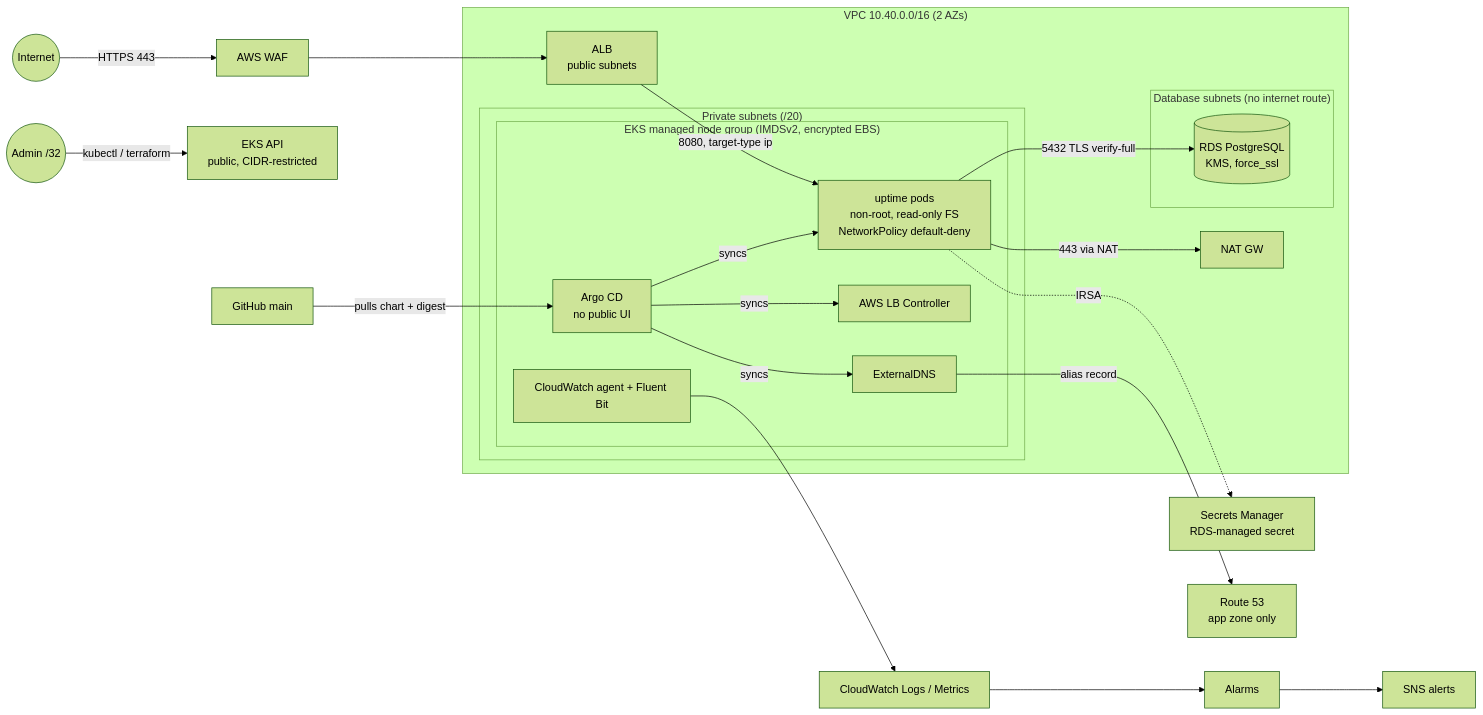
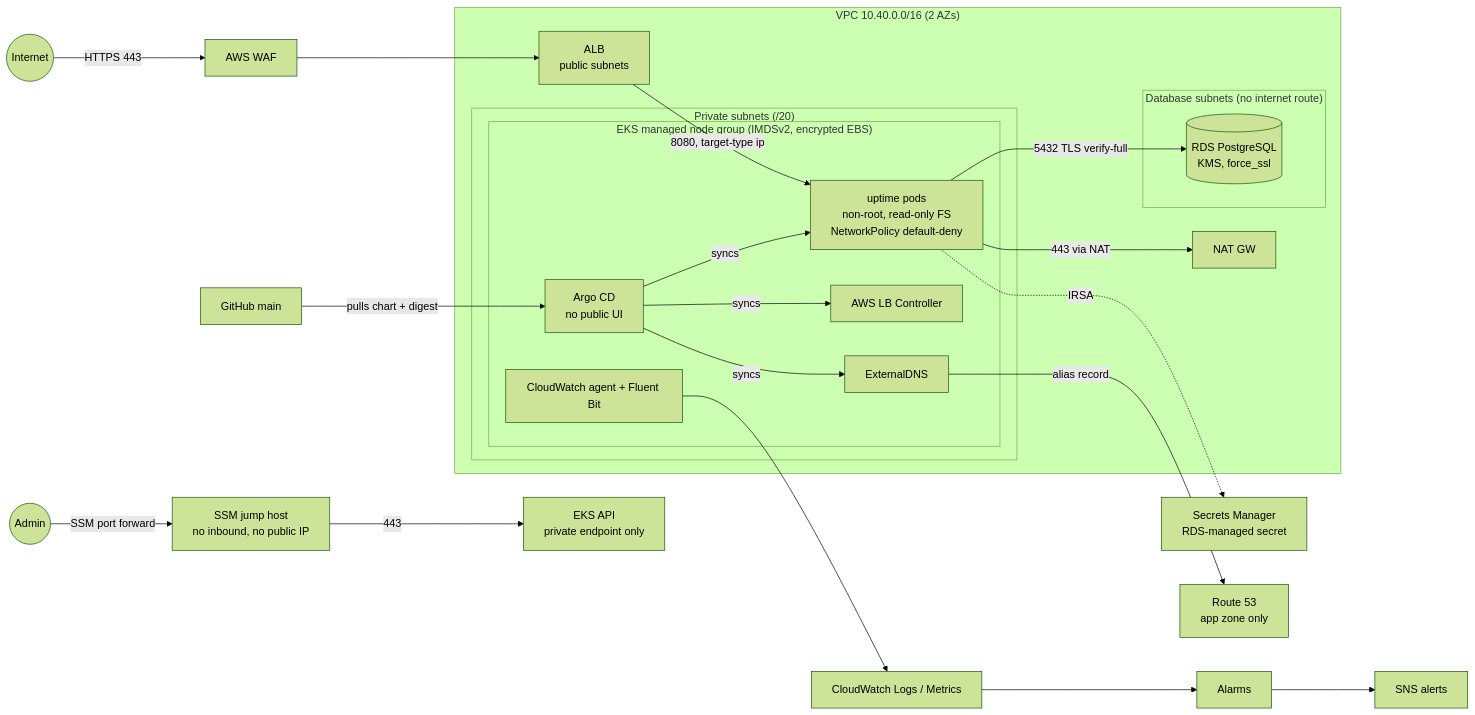
Before and after one commit to Anthonyhudnall92/incode-sre-assessment: the diagram in README.md, drawn with Mermaid (forest theme). The commit also changed other lines of this file and 4 other files, not shown here.

First line of the commit message:
2026-11-02: Turn off the public EKS API endpoint

````diff
--- a/README.md
+++ b/README.md
@@ -19,34 +19,35 @@
 ```mermaid
 flowchart LR
   user((Internet)) -->|HTTPS 443| waf[AWS WAF]
   waf --> alb[ALB<br/>public subnets]
 
   subgraph VPC["VPC 10.40.0.0/16 (2 AZs)"]
     alb -->|8080, target-type ip| pods
     subgraph private["Private subnets (/20)"]
       subgraph eks["EKS managed node group (IMDSv2, encrypted EBS)"]
         pods[uptime pods<br/>non-root, read-only FS<br/>NetworkPolicy default-deny]
         argo[Argo CD<br/>no public UI]
         lbc[AWS LB Controller]
         edns[ExternalDNS]
         cw[CloudWatch agent + Fluent Bit]
       end
     end
     subgraph db["Database subnets (no internet route)"]
       rds[(RDS PostgreSQL<br/>KMS, force_ssl)]
     end
     pods -->|5432 TLS verify-full| rds
     nat[NAT GW] 
   end
 
   pods -. IRSA .-> sm[Secrets Manager<br/>RDS-managed secret]
   pods -->|443 via NAT| nat
   cw --> cwl[CloudWatch Logs / Metrics]
   cwl --> alarms[Alarms] --> sns[SNS alerts]
-  admin((Admin /32)) -->|kubectl / terraform| api[EKS API<br/>public, CIDR-restricted]
+  admin((Admin)) -->|SSM port forward| jump[SSM jump host<br/>no inbound, no public IP]
+  jump -->|443| api[EKS API<br/>private endpoint only]
   gh[GitHub main] -->|pulls chart + digest| argo
   argo -->|syncs| pods
   argo -->|syncs| lbc
   argo -->|syncs| edns
   edns -->|alias record| r53[Route 53<br/>app zone only]
 ```
````
